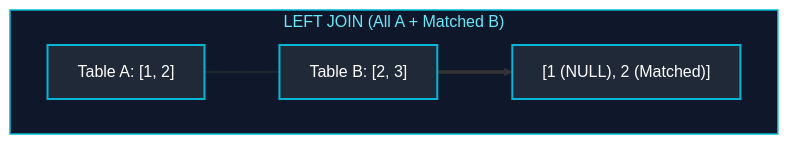
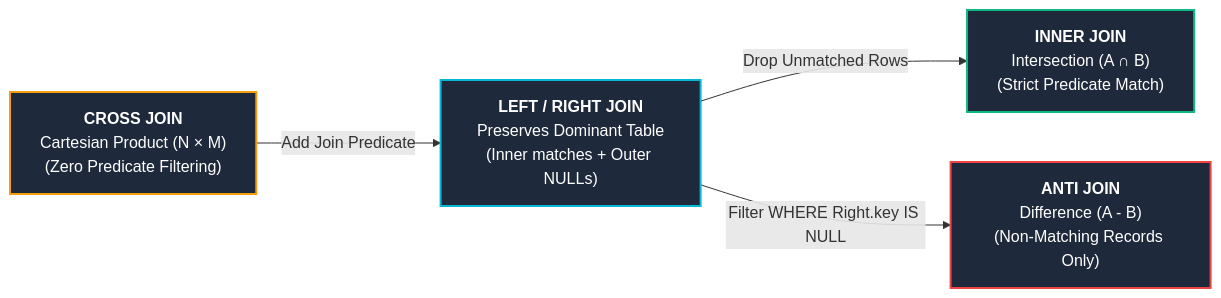
The seventh of 10 diagrams in Data Engineering/01_sql_fundamentals.md (joydeep-biswas/Interview-Preparation), drawn with Mermaid before and after one commit. The commit also changed other lines of this file and 143 other files, not shown here.

````diff
--- a/Data Engineering/01_sql_fundamentals.md
+++ b/Data Engineering/01_sql_fundamentals.md
@@ -680,13 +1188,15 @@
 ```mermaid
-flowchart TD
-    subgraph LeftJoin ["LEFT JOIN (All A + Matched B)"]
-        direction LR
-        LA["Table A: [1, 2]"] --- LB["Table B: [2, 3]"] ==> LRes["[1 (NULL), 2 (Matched)]"]
-    end
+flowchart LR
+    CJ["<b>CROSS JOIN</b><br/>Cartesian Product (N × M)<br/>(Zero Predicate Filtering)"]
+    LJ["<b>LEFT / RIGHT JOIN</b><br/>Preserves Dominant Table<br/>(Inner matches + Outer NULLs)"]
+    IJ["<b>INNER JOIN</b><br/>Intersection (A ∩ B)<br/>(Strict Predicate Match)"]
+    AJ["<b>ANTI JOIN</b><br/>Difference (A - B)<br/>(Non-Matching Records Only)"]
 
-    style LeftJoin fill:#0f172a,stroke:#06b6d4,stroke-width:1.5px,color:#67e8f9
+    CJ -->|"Add Join Predicate"| LJ -->|"Drop Unmatched Rows"| IJ
+    LJ -->|"Filter WHERE Right.key IS NULL"| AJ
 
-    style LA fill:#1f2937,stroke:#06b6d4,stroke-width:2px,color:#fff
-    style LB fill:#1f2937,stroke:#06b6d4,stroke-width:2px,color:#fff
-    style LRes fill:#1f2937,stroke:#06b6d4,stroke-width:2px,color:#fff
+    style CJ fill:#1e293b,stroke:#f59e0b,stroke-width:2px,color:#fff
+    style LJ fill:#1e293b,stroke:#06b6d4,stroke-width:2px,color:#fff
+    style IJ fill:#1e293b,stroke:#10b981,stroke-width:2px,color:#fff
+    style AJ fill:#1e293b,stroke:#ef4444,stroke-width:2px,color:#fff
 ```
````
